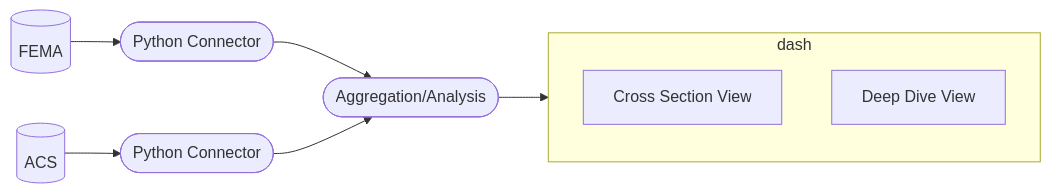
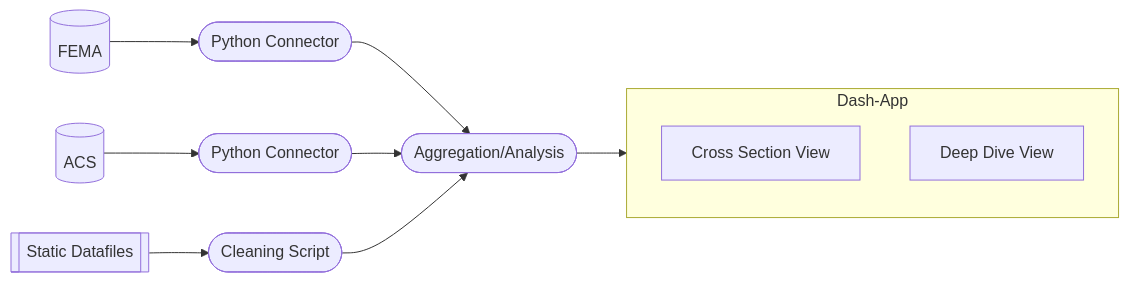
The diagram in README.md (uchicago-CAPP30122-win-2022/proj-lamonty-python), drawn with Mermaid before and after one commit. The commit also changed other lines of this file and 1 other file, not shown here.

````diff
--- a/README.md
+++ b/README.md
@@ -15,17 +9,18 @@
 ```mermaid
 flowchart LR
 db1[(FEMA)] --> py1([Python Connector])
 db2[(ACS)] --> py2([Python Connector])
 
+
 py1 --> ag([Aggregation/Analysis])
 py2 --> ag([Aggregation/Analysis])
+ss[[Static Datafiles]] --> cl([Cleaning Script])
+cl --> ag([Aggregation/Analysis])
 
-subgraph dash
+subgraph Dash-App
   cs[Cross Section View]
   dd[Deep Dive View]
 end
 
-ag --> dash
-
-
+ag --> Dash-App
 ```
````
